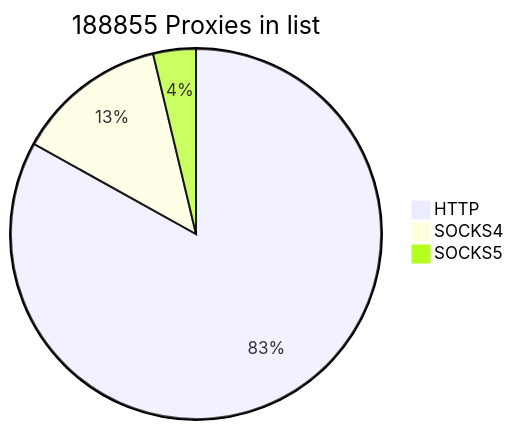
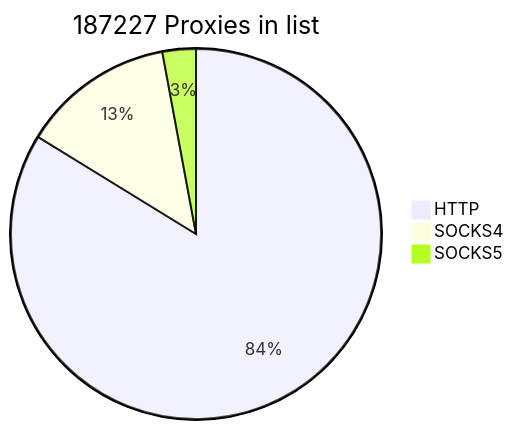
One commit to cutipu/proxylist changed the first of 2 diagrams in README.md. Above: the diagram before and after it, drawn with Mermaid. The commit also changed other lines of this file, not shown here.

````diff
--- a/README.md
+++ b/README.md
@@ -2,7 +2,7 @@
 ```mermaid
-pie title 188855 Proxies in list
-    "HTTP" : 156884
+pie title 187227 Proxies in list
+    "HTTP" : 156834
     "SOCKS4" : 24932
-    "SOCKS5" : 7039
+    "SOCKS5" : 5461
             
 ```
````
